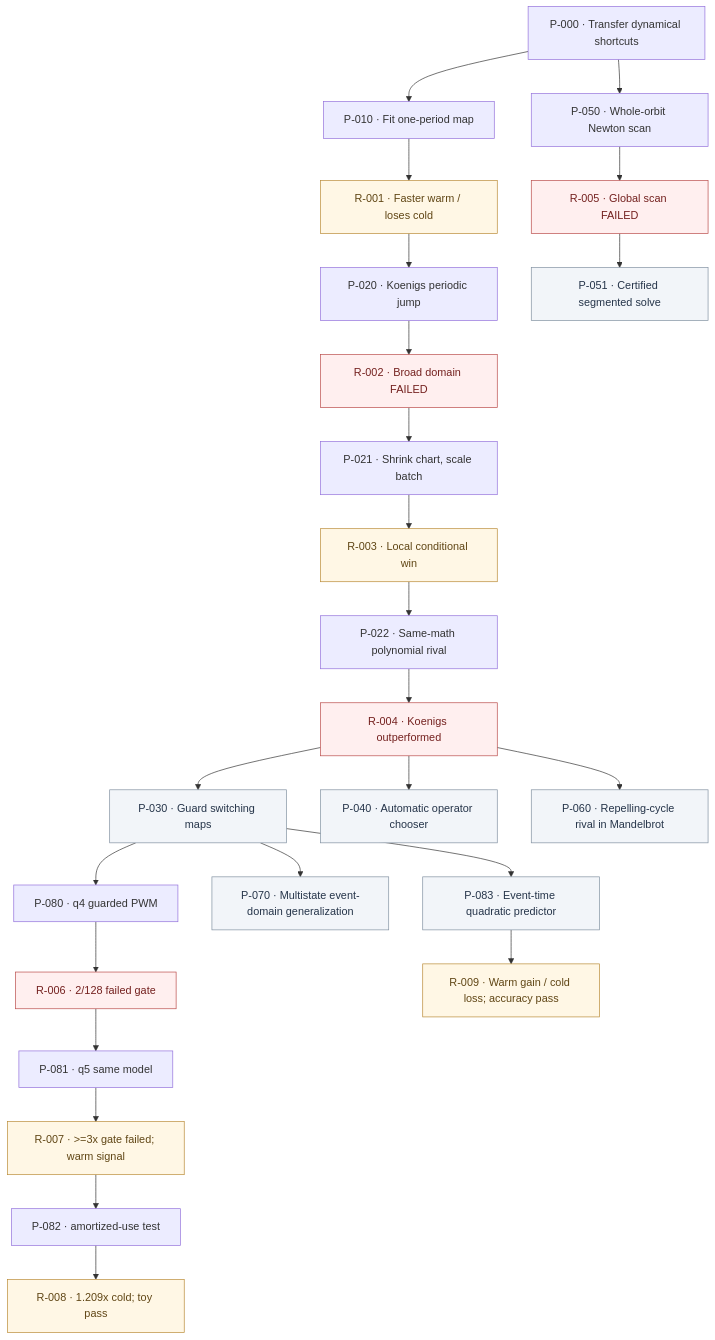
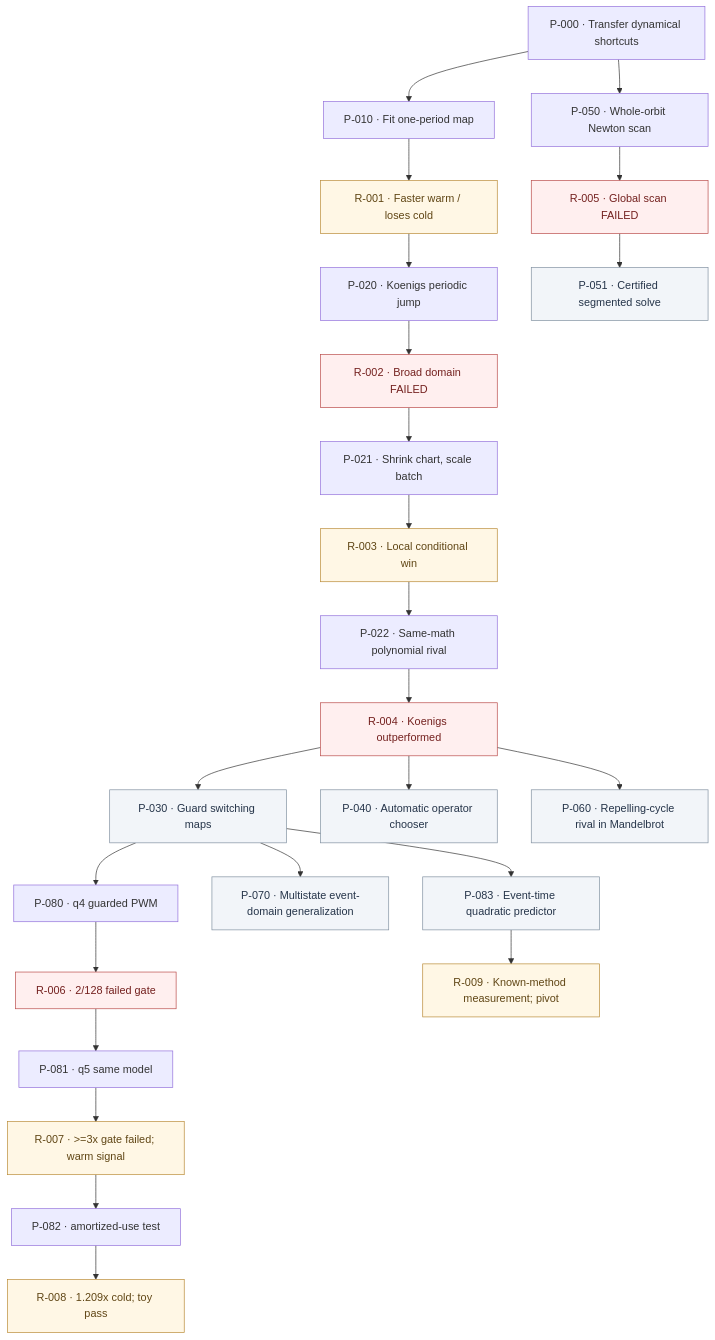
One commit to junovhs/fractodactyl changed the diagram in MAP.md. Above: the diagram before and after it, drawn with Mermaid. The commit also changed other lines of this file and 5 other files, not shown here.

````diff
--- a/MAP.md
+++ b/MAP.md
@@ -5,32 +5,32 @@
 ```mermaid
 flowchart TD
   P000["P-000 · Transfer dynamical shortcuts"] --> P010["P-010 · Fit one-period map"]
   P010 --> R001["R-001 · Faster warm / loses cold"]
   R001 --> P020["P-020 · Koenigs periodic jump"]
   P020 --> R002["R-002 · Broad domain FAILED"]
   R002 --> P021["P-021 · Shrink chart, scale batch"]
   P021 --> R003["R-003 · Local conditional win"]
   R003 --> P022["P-022 · Same-math polynomial rival"]
   P022 --> R004["R-004 · Koenigs outperformed"]
   R004 --> P030["P-030 · Guard switching maps"]
   R004 --> P040["P-040 · Automatic operator chooser"]
   R004 --> P060["P-060 · Repelling-cycle rival in Mandelbrot"]
   P000 --> P050["P-050 · Whole-orbit Newton scan"]
   P050 --> R005["R-005 · Global scan FAILED"]
   R005 --> P051["P-051 · Certified segmented solve"]
   P030 --> P080["P-080 · q4 guarded PWM"]
   P080 --> R006["R-006 · 2/128 failed gate"]
   R006 --> P081["P-081 · q5 same model"]
   P081 --> R007["R-007 · >=3x gate failed; warm signal"]
   R007 --> P082["P-082 · amortized-use test"]
   P082 --> R008["R-008 · 1.209x cold; toy pass"]
   P030 --> P070["P-070 · Multistate event-domain generalization"]
   P030 --> P083["P-083 · Event-time quadratic predictor"]
-  P083 --> R009["R-009 · Warm gain / cold loss; accuracy pass"]
+  P083 --> R009["R-009 · Known-method measurement; pivot"]
   classDef fail fill:#ffefef,stroke:#b94a48,color:#74211f
   classDef maybe fill:#fff7e5,stroke:#b98a35,color:#604615
   classDef untested fill:#f2f5f9,stroke:#8090a0,color:#253449
   class R002,R004,R005,R006 fail
   class R001,R003,R007,R008,R009 maybe
   class P030,P040,P051,P060,P070,P083 untested
 ```
````
